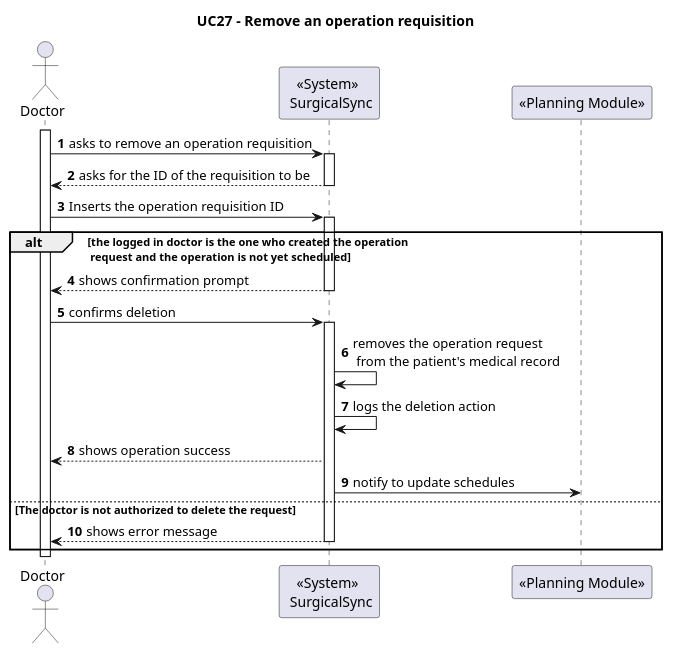
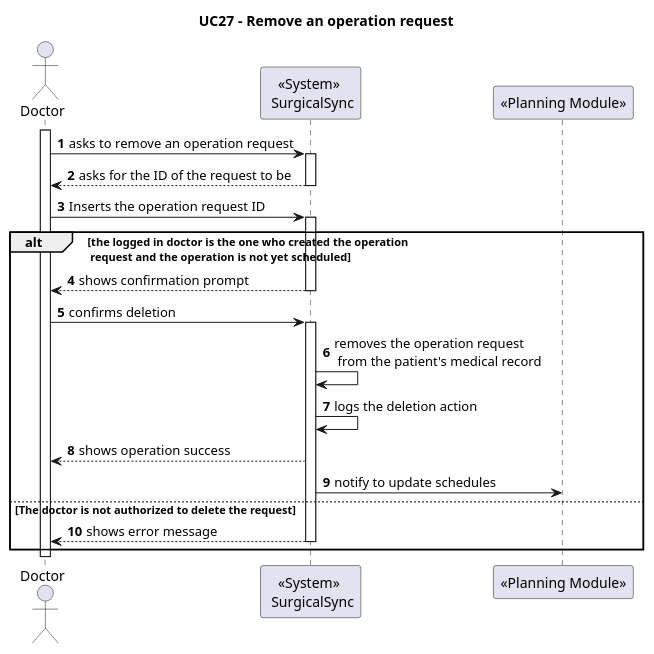
Before and after one commit to MiguelCardoso77/SurgicalSync-BackEnd: the diagram in Wiki/SprintA/diagrams/use-cases/27-remove-an-operation-requisition/level1/process-view.puml, drawn with PlantUML. The commit also changed 8 other files, not shown here.

```diff
--- a/Wiki/SprintA/diagrams/use-cases/27-remove-an-operation-requisition/level1/process-view.puml
+++ b/Wiki/SprintA/diagrams/use-cases/27-remove-an-operation-requisition/level1/process-view.puml
@@ -1,52 +1,52 @@
 @startuml
 autonumber
 
-Title "UC27 - Remove an operation requisition"
+Title "UC27 - Remove an operation request"
 
 actor "Doctor" as D
 participant "<<System>> \n SurgicalSync" as SYSTEM
 participant "<<Planning Module>>" as PLANNING
 
 activate D
 
-D -> SYSTEM: asks to remove an operation requisition
+D -> SYSTEM: asks to remove an operation request
 
 activate SYSTEM
 
-SYSTEM --> D: asks for the ID of the requisition to be 
+SYSTEM --> D: asks for the ID of the request to be 
 
 deactivate SYSTEM
 
-D -> SYSTEM : Inserts the operation requisition ID
+D -> SYSTEM : Inserts the operation request ID
 
 activate SYSTEM
 
 alt the logged in doctor is the one who created the operation \n request and the operation is not yet scheduled
 
 SYSTEM --> D : shows confirmation prompt
 
 deactivate SYSTEM
 
 D -> SYSTEM : confirms deletion
 
 activate SYSTEM
 
 SYSTEM -> SYSTEM : removes the operation request \n from the patient's medical record
 
 SYSTEM -> SYSTEM : logs the deletion action
 
 SYSTEM --> D: shows operation success
 
 SYSTEM -> PLANNING : notify to update schedules
 
 else The doctor is not authorized to delete the request
 
 SYSTEM --> D: shows error message 
 
 deactivate SYSTEM
 
 end 
 
 deactivate D
 
 @enduml
```
